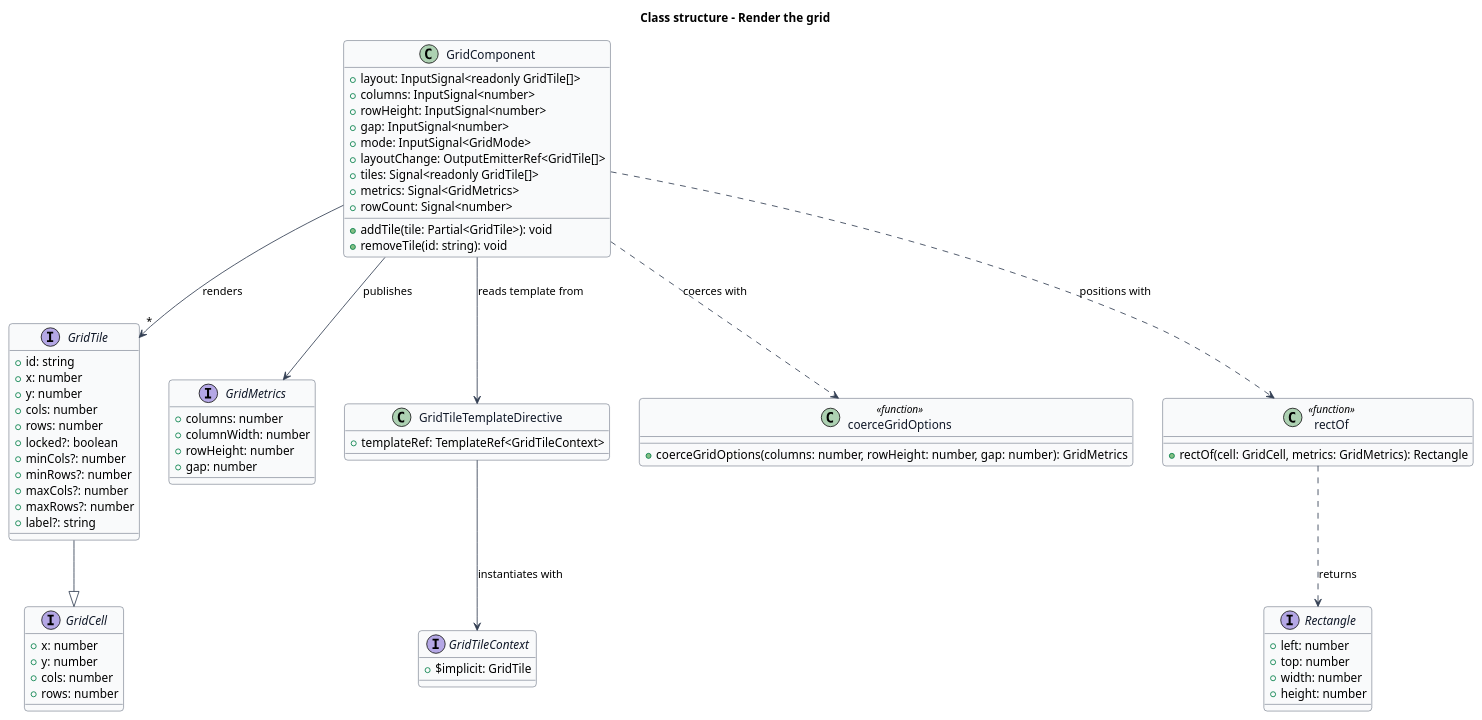
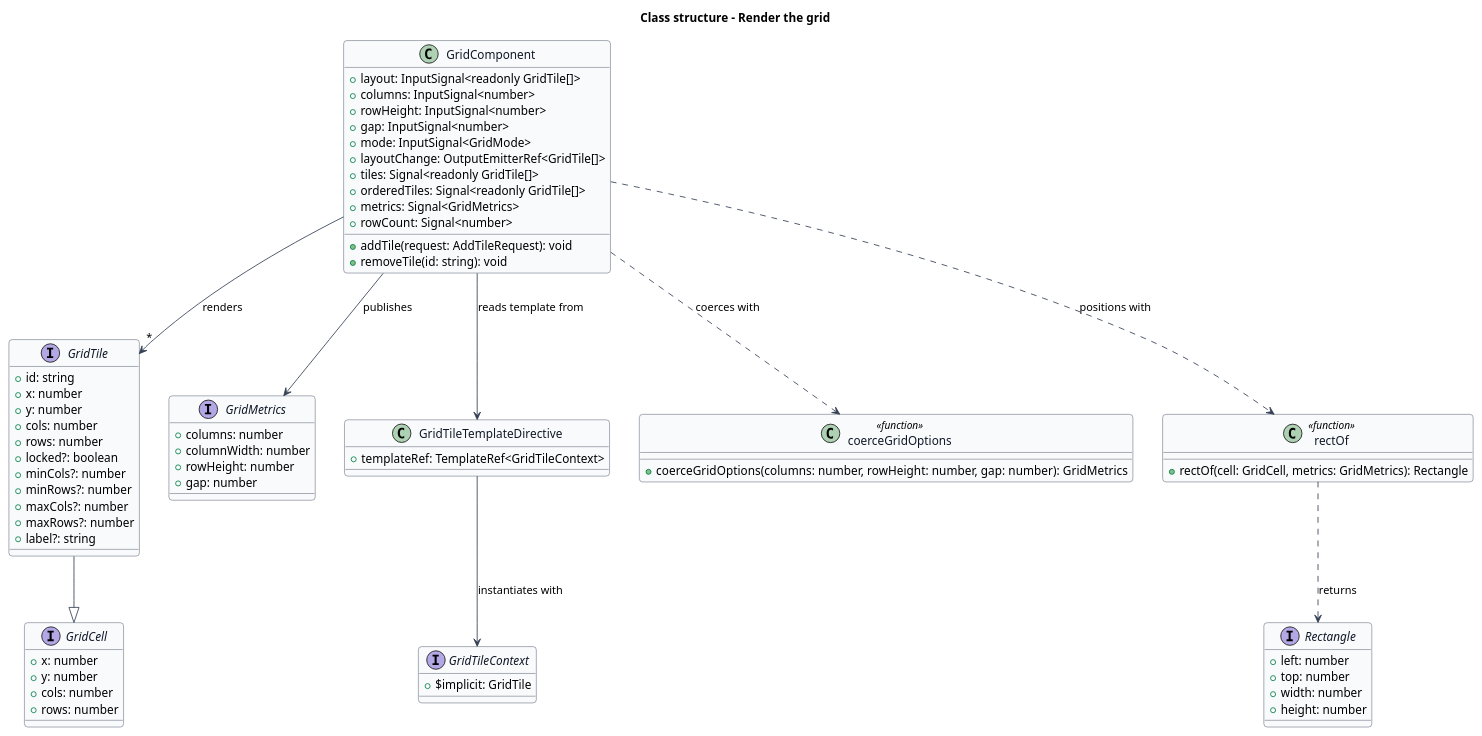
Before and after one commit to QuinntyneBrown/qbc-grid: the diagram in docs/detailed-designs/grid-layout/render-grid/diagrams/class-structure.puml, drawn with PlantUML. The commit also changed 66 other files, not shown here.

```diff
--- a/docs/detailed-designs/grid-layout/render-grid/diagrams/class-structure.puml
+++ b/docs/detailed-designs/grid-layout/render-grid/diagrams/class-structure.puml
@@ -1,89 +1,90 @@
 @startuml
 ' --- shared skin header ---
 skinparam backgroundColor #FFFFFF
 skinparam shadowing false
 skinparam roundcorner 8
 skinparam defaultFontName Arial
 skinparam ArrowColor #344054
 skinparam class {
   BorderColor #344054
   FontColor #101828
   BackgroundColor #F9FAFB
 }
 ' --------------------------
 title Class structure - Render the grid
 
 interface GridTile {
   +id: string
   +x: number
   +y: number
   +cols: number
   +rows: number
   +locked?: boolean
   +minCols?: number
   +minRows?: number
   +maxCols?: number
   +maxRows?: number
   +label?: string
 }
 
 interface GridCell {
   +x: number
   +y: number
   +cols: number
   +rows: number
 }
 
 interface GridMetrics {
   +columns: number
   +columnWidth: number
   +rowHeight: number
   +gap: number
 }
 
 interface Rectangle {
   +left: number
   +top: number
   +width: number
   +height: number
 }
 
 class GridComponent {
   +layout: InputSignal<readonly GridTile[]>
   +columns: InputSignal<number>
   +rowHeight: InputSignal<number>
   +gap: InputSignal<number>
   +mode: InputSignal<GridMode>
   +layoutChange: OutputEmitterRef<GridTile[]>
   +tiles: Signal<readonly GridTile[]>
+  +orderedTiles: Signal<readonly GridTile[]>
   +metrics: Signal<GridMetrics>
   +rowCount: Signal<number>
-  +addTile(tile: Partial<GridTile>): void
+  +addTile(request: AddTileRequest): void
   +removeTile(id: string): void
 }
 
 class GridTileTemplateDirective {
   +templateRef: TemplateRef<GridTileContext>
 }
 
 interface GridTileContext {
   +$implicit: GridTile
 }
 
 class coerceGridOptions <<function>> {
   +coerceGridOptions(columns: number, rowHeight: number, gap: number): GridMetrics
 }
 
 class rectOf <<function>> {
   +rectOf(cell: GridCell, metrics: GridMetrics): Rectangle
 }
 
 GridComponent --> "*" GridTile : renders
 GridComponent --> GridMetrics : publishes
 GridComponent ..> coerceGridOptions : coerces with
 GridComponent ..> rectOf : positions with
 GridComponent --> GridTileTemplateDirective : reads template from
 GridTileTemplateDirective --> GridTileContext : instantiates with
 GridTile --|> GridCell
 rectOf ..> Rectangle : returns
 @enduml
```
